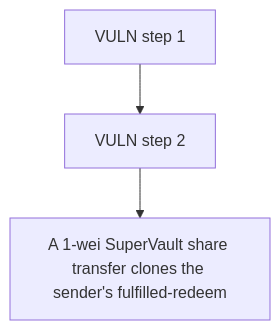
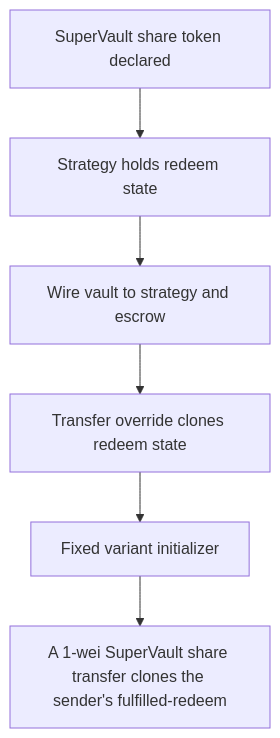
The diagram in 63075-malicious-actor-can-overwrite-others-user-state-via-1-wei-va_exp/63075-malicious-actor-can-overwrite-others-user-state-via-1-wei-va_exp.md (sanbir/evm-hack-registry), drawn with Mermaid before and after one commit. The commit also changed other lines of this file and 79 other files, not shown here.

````diff
--- a/63075-malicious-actor-can-overwrite-others-user-state-via-1-wei-va_exp/63075-malicious-actor-can-overwrite-others-user-state-via-1-wei-va_exp.md
+++ b/63075-malicious-actor-can-overwrite-others-user-state-via-1-wei-va_exp/63075-malicious-actor-can-overwrite-others-user-state-via-1-wei-va_exp.md
@@ -28,8 +28,14 @@
 ```mermaid
 flowchart TD
-  S0["VULN step 1"]
-  S1["VULN step 2"]
+  S0["SuperVault share token declared"]
+  S1["Strategy holds redeem state"]
+  S2["Wire vault to strategy and escrow"]
+  S3["Transfer override clones redeem state"]
+  S4["Fixed variant initializer"]
   H["A 1-wei SuperVault share transfer clones the sender's fulfilled-redeem"]
   S0 --> S1
-  S1 --> H
+  S1 --> S2
+  S2 --> S3
+  S3 --> S4
+  S4 --> H
 ```
````
